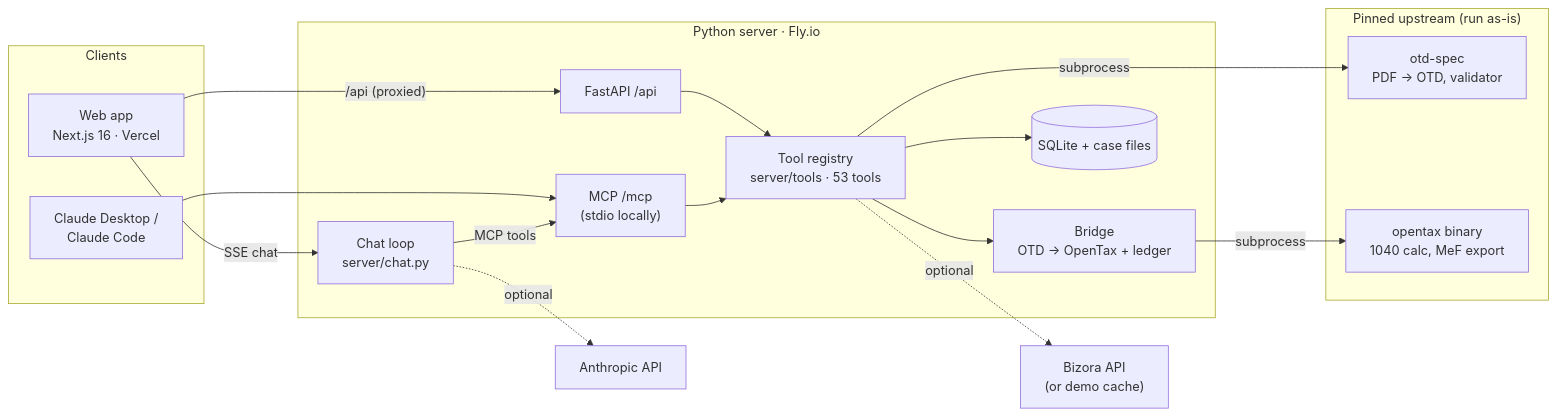
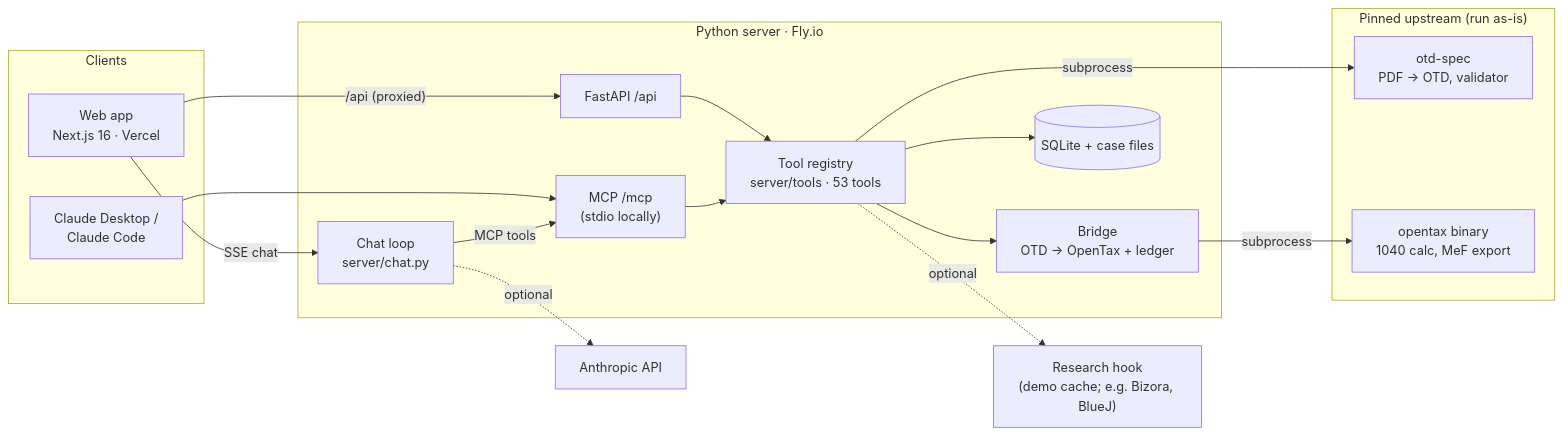
One commit to michaelrenwick-a11y/Drivkraft-tax changed the diagram in README.md. Above: the diagram before and after it, drawn with Mermaid. The commit also changed other lines of this file and 1 other file, not shown here.

First line of the commit message:
Align public messaging with build log: drop Bizora branding, hide engine-gap findings

````diff
--- a/README.md
+++ b/README.md
@@ -26,31 +26,31 @@
 ```mermaid
 flowchart LR
   subgraph Clients
     W["Web app<br/>Next.js 16 · Vercel"]
     CD["Claude Desktop /<br/>Claude Code"]
   end
   subgraph Server["Python server · Fly.io"]
     API["FastAPI /api"]
     MCP["MCP /mcp<br/>(stdio locally)"]
     REG["Tool registry<br/>server/tools · 53 tools"]
     CHAT["Chat loop<br/>server/chat.py"]
     BR["Bridge<br/>OTD → OpenTax + ledger"]
     DB[("SQLite + case files")]
   end
   subgraph Upstream["Pinned upstream (run as-is)"]
     OTD["otd-spec<br/>PDF → OTD, validator"]
     OT["opentax binary<br/>1040 calc, MeF export"]
   end
   W -- "/api (proxied)" --> API
   W -- "SSE chat" --> CHAT
   CD --> MCP
   CHAT -- "MCP tools" --> MCP
   API --> REG
   MCP --> REG
   REG --> BR
   REG --> DB
   REG -- subprocess --> OTD
   BR -- subprocess --> OT
   CHAT -. optional .-> AN["Anthropic API"]
-  REG -. optional .-> BZ["Bizora API<br/>(or demo cache)"]
+  REG -. optional .-> BZ["Research hook<br/>(demo cache; e.g. Bizora, BlueJ)"]
 ```
````
